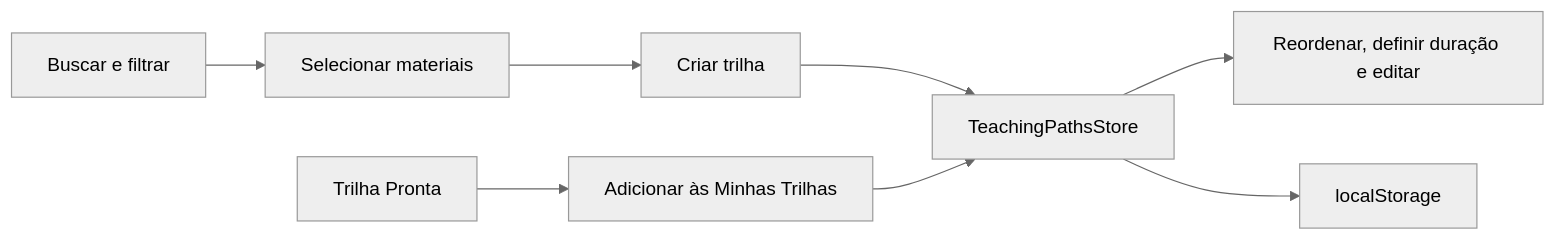
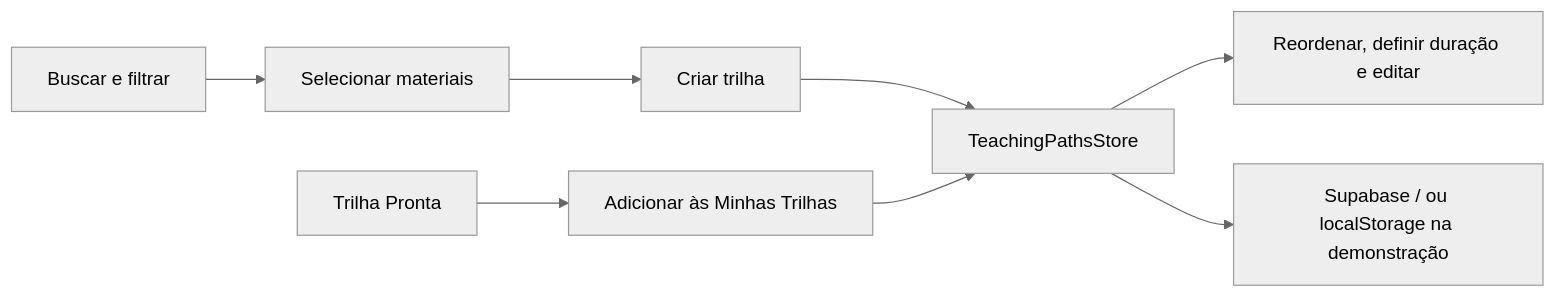
One commit to AKL77/explora-computacao changed the second of 2 diagrams in docs/arquitetura.md. Above: the diagram before and after it, drawn with Mermaid (neutral theme). The commit also changed other lines of this file and 74 other files, not shown here.

````diff
--- a/docs/arquitetura.md
+++ b/docs/arquitetura.md
@@ -98,10 +130,10 @@
 ```mermaid
 flowchart LR
   SEARCH["Buscar e filtrar"] --> SELECT["Selecionar materiais"]
   SELECT --> CREATE["Criar trilha"]
   READY["Trilha Pronta"] --> COPY["Adicionar às Minhas Trilhas"]
   CREATE --> STORE["TeachingPathsStore"]
   COPY --> STORE
   STORE --> EDIT["Reordenar, definir duração e editar"]
-  STORE --> LS["localStorage"]
+  STORE --> DB["Supabase / ou localStorage na demonstração"]
 ```
````
